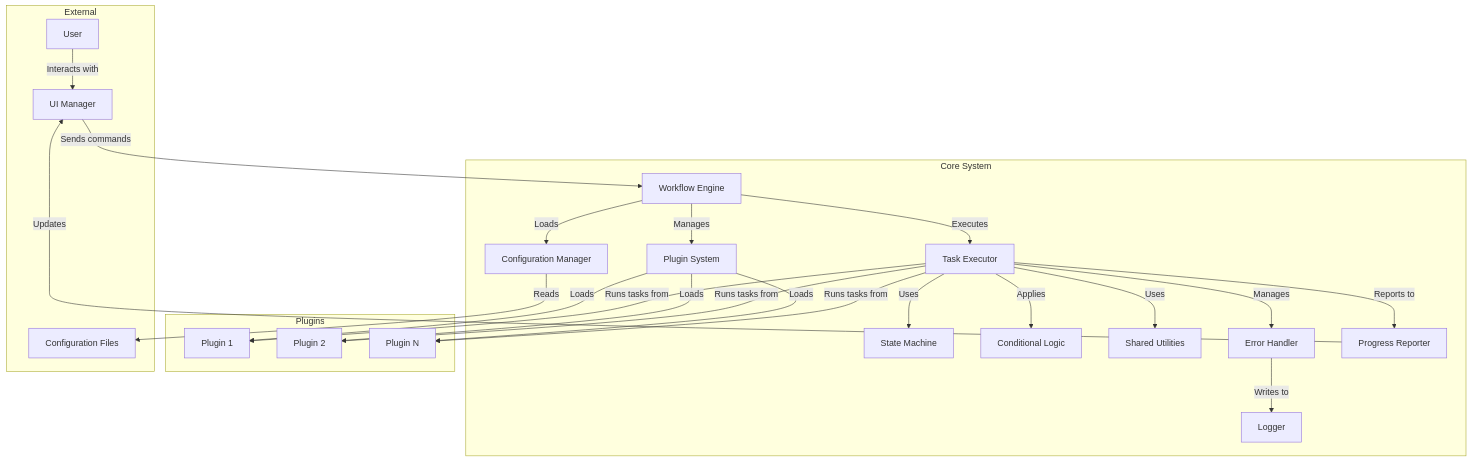
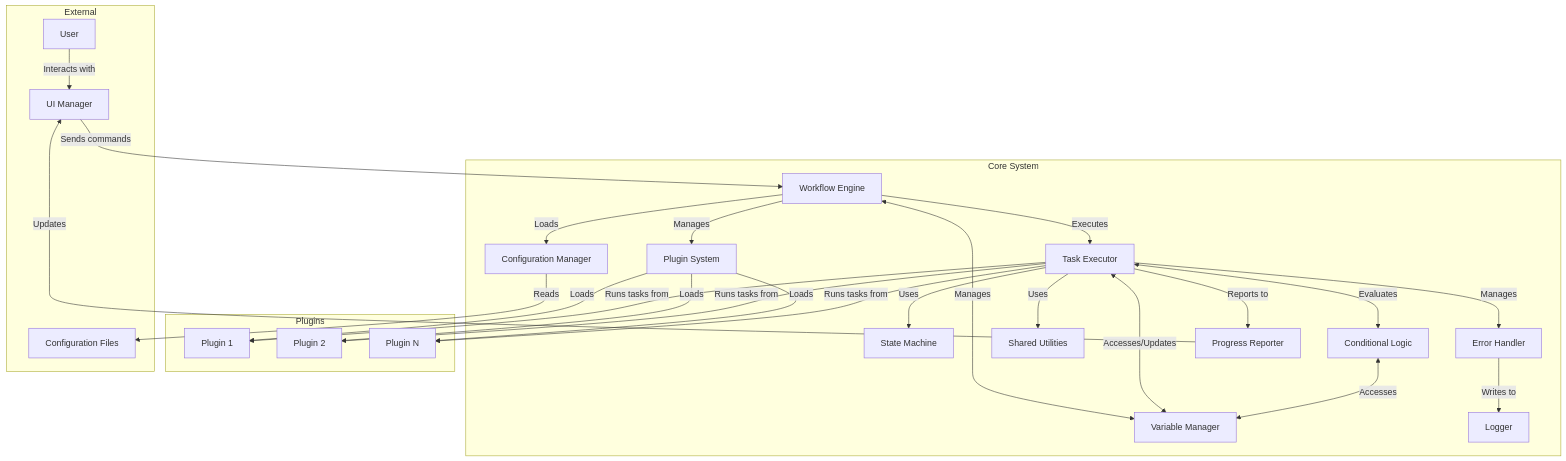
One commit to jimmc414/TAOv2 changed the diagram in architectural_diagram.md. Above: the diagram before and after it, drawn with Mermaid. The commit also changed other lines of this file and 1 other file, not shown here.

Commit message:
updated architectural diagram

````diff
--- a/architectural_diagram.md
+++ b/architectural_diagram.md
@@ -59,47 +71,51 @@
 ```mermaid
 graph TD
     User[User] --> |Interacts with| UI[UI Manager]
     UI --> |Sends commands| WE[Workflow Engine]
     WE --> |Loads| CM[Configuration Manager]
     CM --> |Reads| CF[Configuration Files]
+    WE <--> |Manages| VM[Variable Manager]
     WE --> |Manages| PS[Plugin System]
     PS --> |Loads| P1[Plugin 1]
     PS --> |Loads| P2[Plugin 2]
     PS --> |Loads| PN[Plugin N]
     WE --> |Executes| TE[Task Executor]
+    TE <--> |Accesses/Updates| VM
     TE --> |Runs tasks from| P1
     TE --> |Runs tasks from| P2
     TE --> |Runs tasks from| PN
     TE --> |Uses| SM[State Machine]
-    TE --> |Applies| CL[Conditional Logic]
+    TE <--> |Evaluates| CL[Conditional Logic]
     TE --> |Uses| SU[Shared Utilities]
     TE --> |Manages| EH[Error Handler]
     EH --> |Writes to| L[Logger]
     TE --> |Reports to| PR[Progress Reporter]
     PR --> |Updates| UI
+    CL <--> |Accesses| VM
 
     subgraph "Core System"
         WE
         CM
+        VM
         PS
         TE
         SM
         CL
         SU
         EH
         L
         PR
     end
 
     subgraph "Plugins"
         P1
         P2
         PN
     end
 
     subgraph "External"
         User
         UI
         CF
     end
 ```
````
